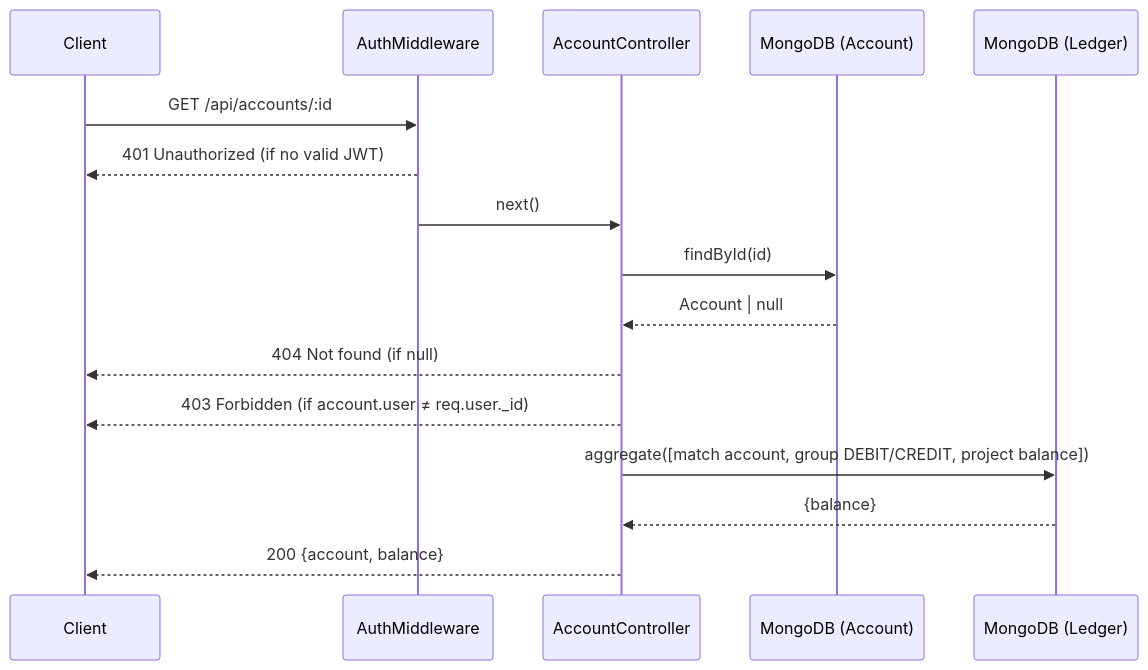
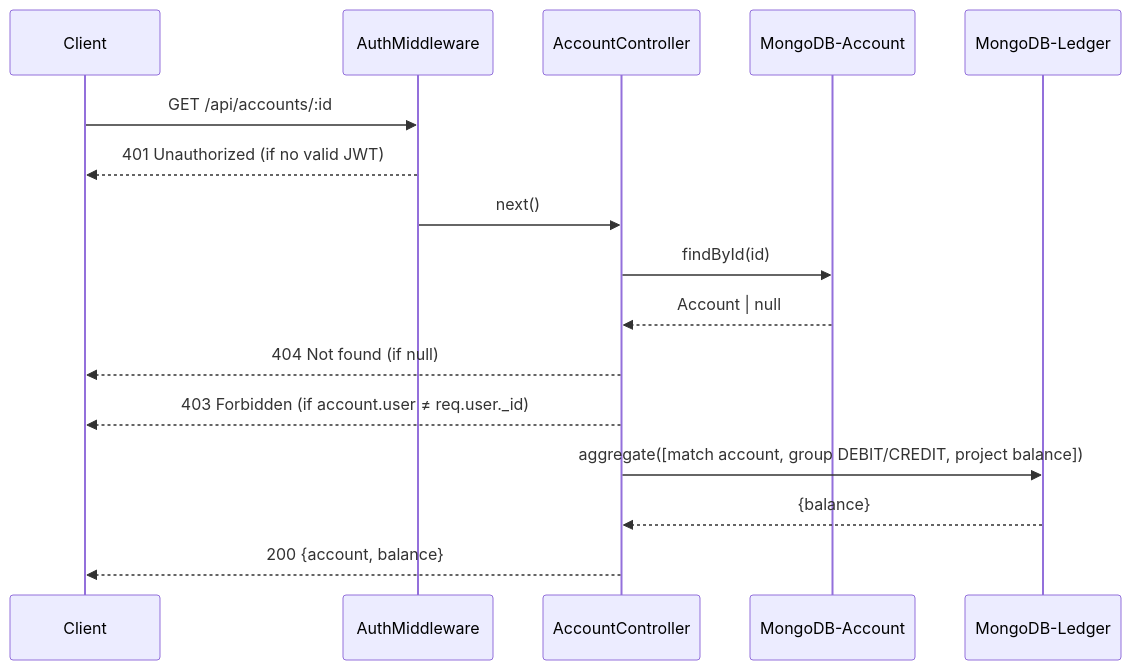
Before and after one commit to souvik-biswas-dev/FinVault: the fifth of 5 diagrams in README.md, drawn with Mermaid.

Commit message:
docs: fix mermaid participant labels in account balance sequence diagram
Replace 'MongoDB (Account)' and 'MongoDB (Ledger)' with hyphenated
aliases — parentheses in participant names break Mermaid rendering.

````diff
--- a/README.md
+++ b/README.md
@@ -350,19 +350,19 @@
 ```mermaid
 sequenceDiagram
     participant C as Client
     participant AM as AuthMiddleware
     participant AC as AccountController
-    participant ADB as MongoDB (Account)
-    participant LDB as MongoDB (Ledger)
+    participant ADB as MongoDB-Account
+    participant LDB as MongoDB-Ledger
 
     C->>AM: GET /api/accounts/:id
     AM-->>C: 401 Unauthorized (if no valid JWT)
     AM->>AC: next()
     AC->>ADB: findById(id)
     ADB-->>AC: Account | null
     AC-->>C: 404 Not found (if null)
     AC-->>C: 403 Forbidden (if account.user ≠ req.user._id)
     AC->>LDB: aggregate([match account, group DEBIT/CREDIT, project balance])
     LDB-->>AC: {balance}
     AC-->>C: 200 {account, balance}
 ```
````
